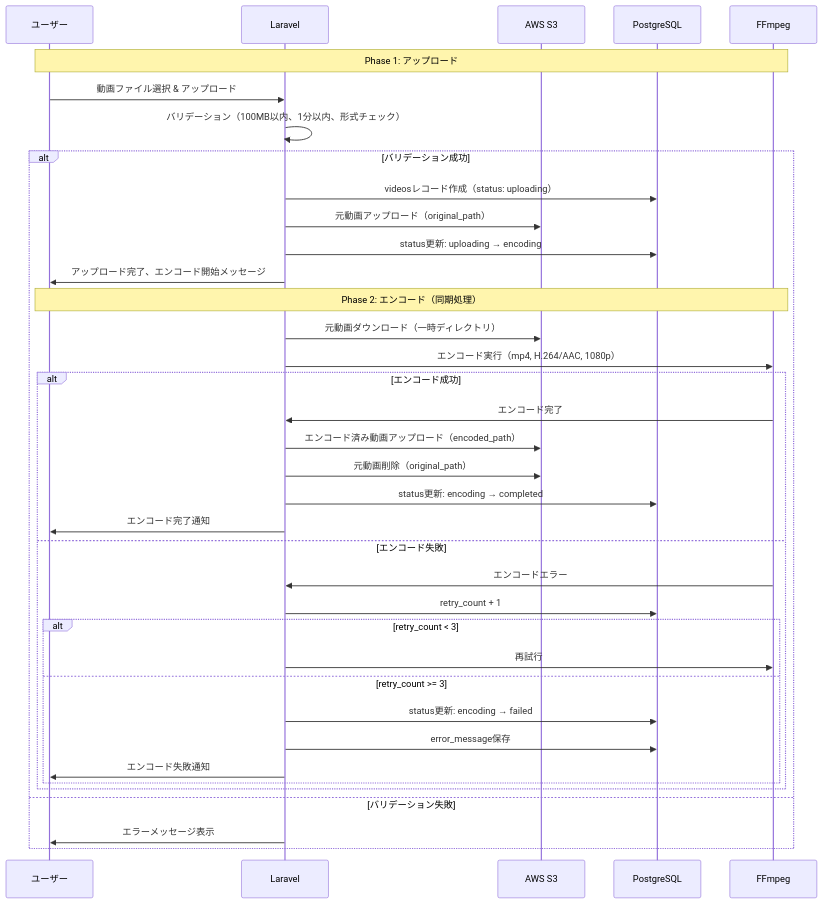
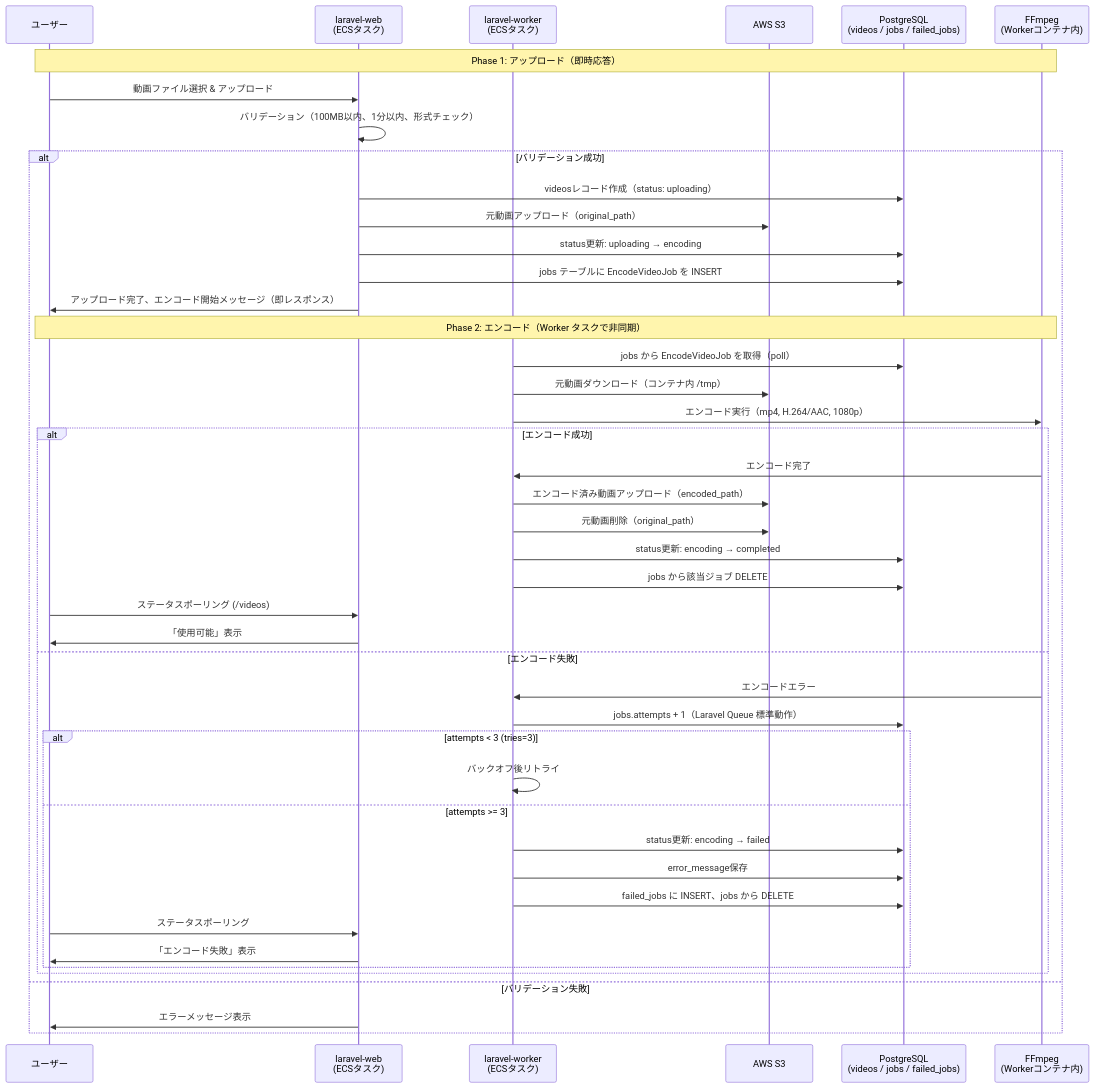
One commit to tetsu2026/movie-profile changed the fourth of 9 diagrams in docs/design-docs/05_data_flow.md. Above: the diagram before and after it, drawn with Mermaid. The commit also changed other lines of this file and 11 other files, not shown here.

````diff
--- a/docs/design-docs/05_data_flow.md
+++ b/docs/design-docs/05_data_flow.md
@@ -68,43 +70,50 @@
 ```mermaid
 sequenceDiagram
     participant U as ユーザー
-    participant L as Laravel
+    participant Web as laravel-web<br/>(ECSタスク)
+    participant Worker as laravel-worker<br/>(ECSタスク)
     participant S3 as AWS S3
-    participant DB as PostgreSQL
-    participant FFmpeg as FFmpeg
+    participant DB as PostgreSQL<br/>(videos / jobs / failed_jobs)
+    participant FFmpeg as FFmpeg<br/>(Workerコンテナ内)
 
-    Note over U,FFmpeg: Phase 1: アップロード
-    U->>L: 動画ファイル選択 & アップロード
-    L->>L: バリデーション（100MB以内、1分以内、形式チェック）
+    Note over U,FFmpeg: Phase 1: アップロード（即時応答）
+    U->>Web: 動画ファイル選択 & アップロード
+    Web->>Web: バリデーション（100MB以内、1分以内、形式チェック）
 
     alt バリデーション成功
-        L->>DB: videosレコード作成（status: uploading）
-        L->>S3: 元動画アップロード（original_path）
-        L->>DB: status更新: uploading → encoding
-        L->>U: アップロード完了、エンコード開始メッセージ
+        Web->>DB: videosレコード作成（status: uploading）
+        Web->>S3: 元動画アップロード（original_path）
+        Web->>DB: status更新: uploading → encoding
+        Web->>DB: jobs テーブルに EncodeVideoJob を INSERT
+        Web->>U: アップロード完了、エンコード開始メッセージ（即レスポンス）
 
-        Note over U,FFmpeg: Phase 2: エンコード（同期処理）
-        L->>S3: 元動画ダウンロード（一時ディレクトリ）
-        L->>FFmpeg: エンコード実行（mp4, H.264/AAC, 1080p）
+        Note over U,FFmpeg: Phase 2: エンコード（Worker タスクで非同期）
+        Worker->>DB: jobs から EncodeVideoJob を取得（poll）
+        Worker->>S3: 元動画ダウンロード（コンテナ内 /tmp）
+        Worker->>FFmpeg: エンコード実行（mp4, H.264/AAC, 1080p）
 
         alt エンコード成功
-            FFmpeg->>L: エンコード完了
-            L->>S3: エンコード済み動画アップロード（encoded_path）
-            L->>S3: 元動画削除（original_path）
-            L->>DB: status更新: encoding → completed
-            L->>U: エンコード完了通知
+            FFmpeg->>Worker: エンコード完了
+            Worker->>S3: エンコード済み動画アップロード（encoded_path）
+            Worker->>S3: 元動画削除（original_path）
+            Worker->>DB: status更新: encoding → completed
+            Worker->>DB: jobs から該当ジョブ DELETE
+            U->>Web: ステータスポーリング (/videos)
+            Web->>U: 「使用可能」表示
         else エンコード失敗
-            FFmpeg->>L: エンコードエラー
-            L->>DB: retry_count + 1
-            alt retry_count < 3
-                L->>FFmpeg: 再試行
-            else retry_count >= 3
-                L->>DB: status更新: encoding → failed
-                L->>DB: error_message保存
-                L->>U: エンコード失敗通知
+            FFmpeg->>Worker: エンコードエラー
+            Worker->>DB: jobs.attempts + 1（Laravel Queue 標準動作）
+            alt attempts < 3 (tries=3)
+                Worker->>Worker: バックオフ後リトライ
+            else attempts >= 3
+                Worker->>DB: status更新: encoding → failed
+                Worker->>DB: error_message保存
+                Worker->>DB: failed_jobs に INSERT、jobs から DELETE
+                U->>Web: ステータスポーリング
+                Web->>U: 「エンコード失敗」表示
             end
         end
     else バリデーション失敗
-        L->>U: エラーメッセージ表示
+        Web->>U: エラーメッセージ表示
     end
 ```
````
